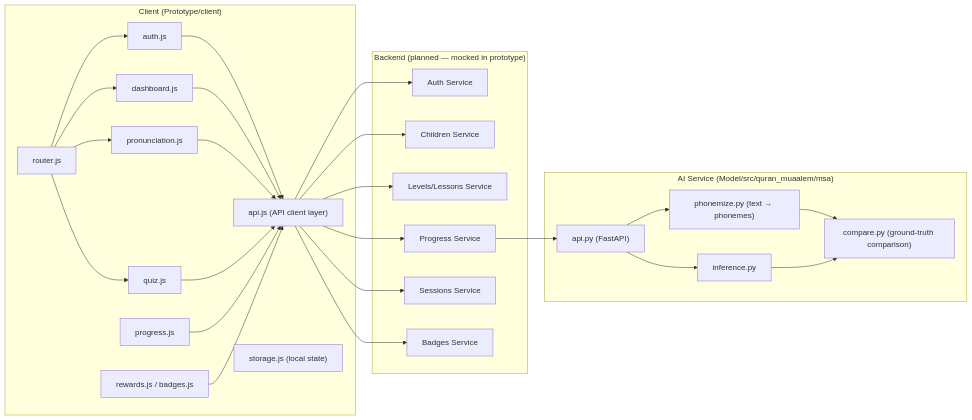
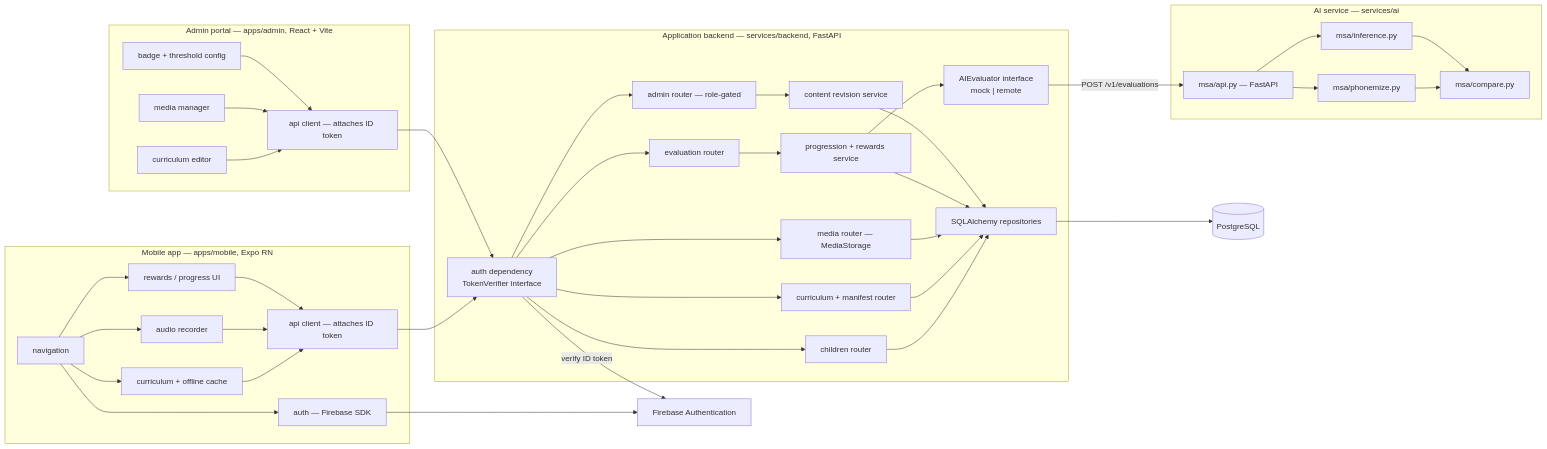
Before and after one commit to MohamedMaged9258/Yantiq: the second of 20 diagrams in docs/architecture/diagrams.md, drawn with Mermaid. The commit also changed other lines of this file, not shown here.

First line of the commit message:
docs: rewrite architecture diagrams against the Phase 0 baseline

````diff
--- a/docs/architecture/diagrams.md
+++ b/docs/architecture/diagrams.md
@@ -76,38 +113,58 @@
 ```mermaid
 flowchart LR
-    subgraph Client["Client (Prototype/client)"]
-        ROUTER["router.js"]
-        AUTHM["auth.js"]
-        DASH["dashboard.js"]
-        PRON["pronunciation.js"]
-        QUIZ["quiz.js"]
-        PROG["progress.js"]
-        REW["rewards.js / badges.js"]
-        APIC["api.js (API client layer)"]
-        STORE["storage.js (local state)"]
+    subgraph Mobile["Mobile app — apps/mobile, Expo RN"]
+        MNAV["navigation"]
+        MAUTH["auth — Firebase SDK"]
+        MCUR["curriculum + offline cache"]
+        MREC["audio recorder"]
+        MREW["rewards / progress UI"]
+        MAPI["api client — attaches ID token"]
     end
 
-    subgraph Backend["Backend (planned — mocked in prototype)"]
-        AUTHS["Auth Service"]
-        CHILD["Children Service"]
-        LESSON["Levels/Lessons Service"]
-        PROGS["Progress Service"]
-        SESS["Sessions Service"]
-        BADGE["Badges Service"]
+    subgraph Admin["Admin portal — apps/admin, React + Vite"]
+        ACUR["curriculum editor"]
+        AMEDIA["media manager"]
+        ABADGE["badge + threshold config"]
+        AAPI["api client — attaches ID token"]
     end
 
-    subgraph AIService["AI Service (Model/src/quran_muaalem/msa)"]
-        FAPI["api.py (FastAPI)"]
-        INF["inference.py"]
-        PHON["phonemize.py (text → phonemes)"]
-        CMP["compare.py (ground-truth comparison)"]
+    subgraph Backend["Application backend — services/backend, FastAPI"]
+        RAUTH["auth dependency<br/>TokenVerifier interface"]
+        RCHILD["children router"]
+        RCUR["curriculum + manifest router"]
+        RMEDIA["media router — MediaStorage"]
+        REVAL["evaluation router"]
+        RADMIN["admin router — role-gated"]
+        SPROG["progression + rewards service"]
+        SREV["content revision service"]
+        AIAD["AIEvaluator interface<br/>mock | remote"]
+        REPO["SQLAlchemy repositories"]
     end
 
-    ROUTER --> AUTHM & DASH & PRON & QUIZ
-    AUTHM & DASH & PRON & QUIZ & PROG & REW --> APIC
-    APIC --> AUTHS & CHILD & LESSON & PROGS & SESS & BADGE
-    PROGS --> FAPI
+    subgraph AIService["AI service — services/ai"]
+        FAPI["msa/api.py — FastAPI"]
+        INF["msa/inference.py"]
+        PHON["msa/phonemize.py"]
+        CMP["msa/compare.py"]
+    end
+
+    FBASE["Firebase Authentication"]
+    PGDB[("PostgreSQL")]
+
+    MAUTH --> FBASE
+    ACUR & AMEDIA & ABADGE --> AAPI
+    MNAV --> MAUTH & MCUR & MREC & MREW
+    MCUR & MREC & MREW --> MAPI
+    MAPI --> RAUTH
+    AAPI --> RAUTH
+    RAUTH -- "verify ID token" --> FBASE
+    RAUTH --> RCHILD & RCUR & RMEDIA & REVAL & RADMIN
+    RADMIN --> SREV
+    REVAL --> SPROG
+    SPROG --> AIAD
+    AIAD -- "POST /v1/evaluations" --> FAPI
     FAPI --> INF
     FAPI --> PHON --> CMP
     INF --> CMP
+    RCHILD & RCUR & RMEDIA & SPROG & SREV --> REPO --> PGDB
 ```
````
